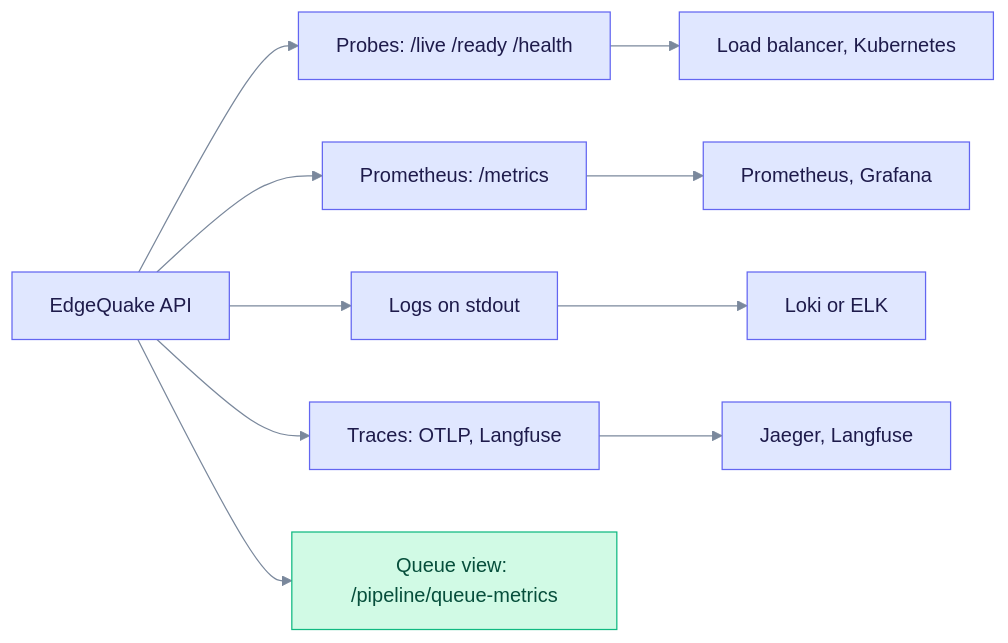
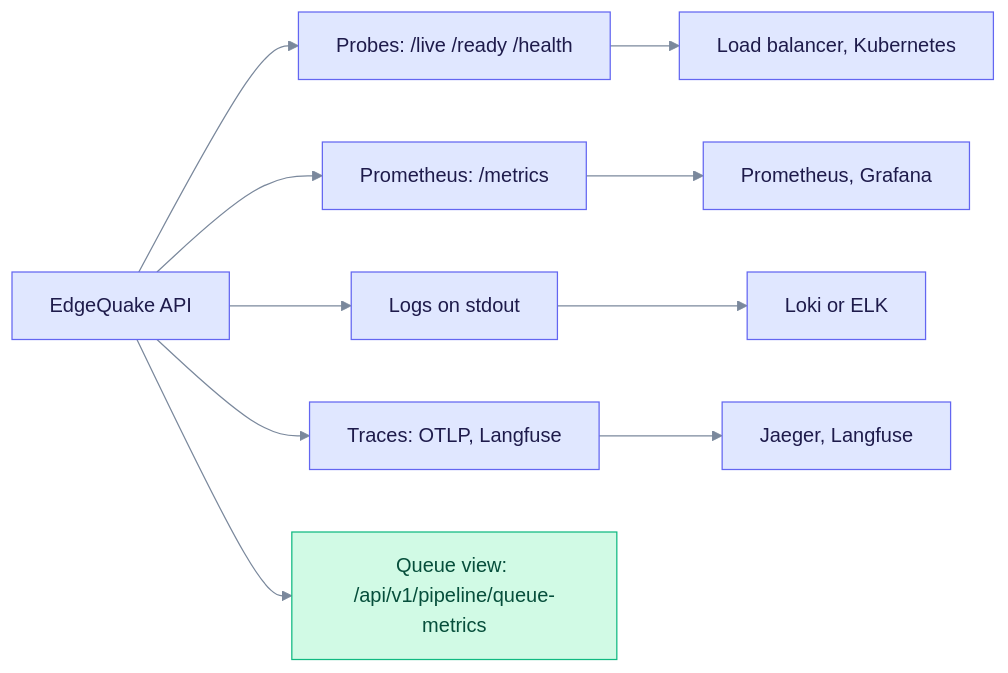
Before and after one commit to raphaelmansuy/edgequake: the first of 2 diagrams in docs/operations/monitoring.md, drawn with Mermaid. The commit also changed other lines of this file and 194 other files, not shown here.

First line of the commit message:
Refresh docs against code and rebuild schema E/R as progressive steps

````diff
--- a/docs/operations/monitoring.md
+++ b/docs/operations/monitoring.md
@@ -12,17 +12,17 @@
 ```mermaid
 %%{init: {"theme":"base","themeVariables":{"primaryColor":"#E0E7FF","primaryBorderColor":"#6366F1","primaryTextColor":"#1E1B4B","secondaryColor":"#D1FAE5","secondaryBorderColor":"#10B981","secondaryTextColor":"#064E3B","tertiaryColor":"#FEF3C7","tertiaryBorderColor":"#F59E0B","tertiaryTextColor":"#6B7A90","lineColor":"#7A889C","clusterBkg":"rgba(99,102,241,0.07)","clusterBorder":"#A5B4FC","noteBkgColor":"#FEF9C3","noteTextColor":"#422006","textColor":"#6B7A90","titleColor":"#6B7A90","signalColor":"#7A889C","signalTextColor":"#6B7A90","loopTextColor":"#6B7A90","edgeLabelBackground":"#F1F5F9","actorLineColor":"#94A3B8"}}}%%
 %% eq-theme:v1
 flowchart LR
   A["EdgeQuake API"] --> H["Probes: /live /ready /health"]
   A --> M["Prometheus: /metrics"]
   A --> L["Logs on stdout"]
   A --> T["Traces: OTLP, Langfuse"]
-  A --> Q["Queue view: /pipeline/queue-metrics"]
+  A --> Q["Queue view: /api/v1/pipeline/queue-metrics"]
   H --> LB["Load balancer, Kubernetes"]
   M --> P["Prometheus, Grafana"]
   L --> LG["Loki or ELK"]
   T --> J["Jaeger, Langfuse"]
 %% eq-classes
 classDef eqStore fill:#D1FAE5,stroke:#10B981,color:#064E3B
 class Q eqStore
 ```
````
